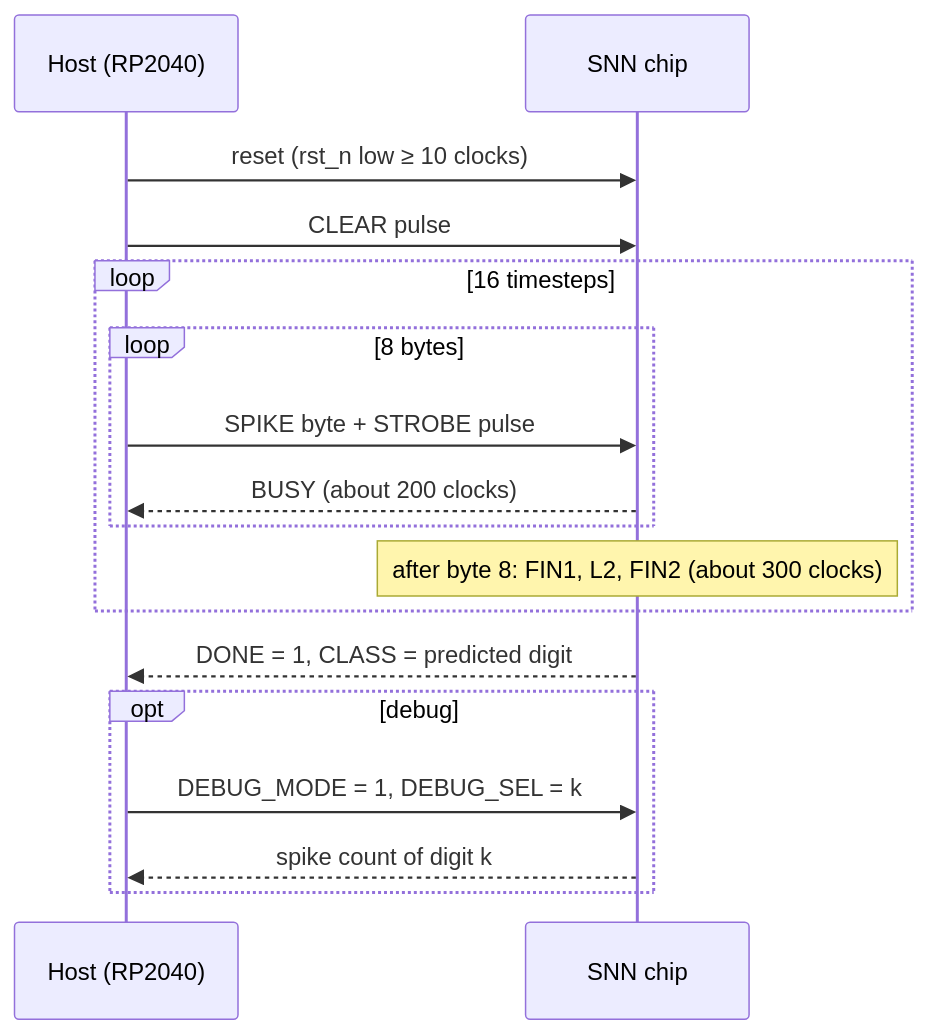
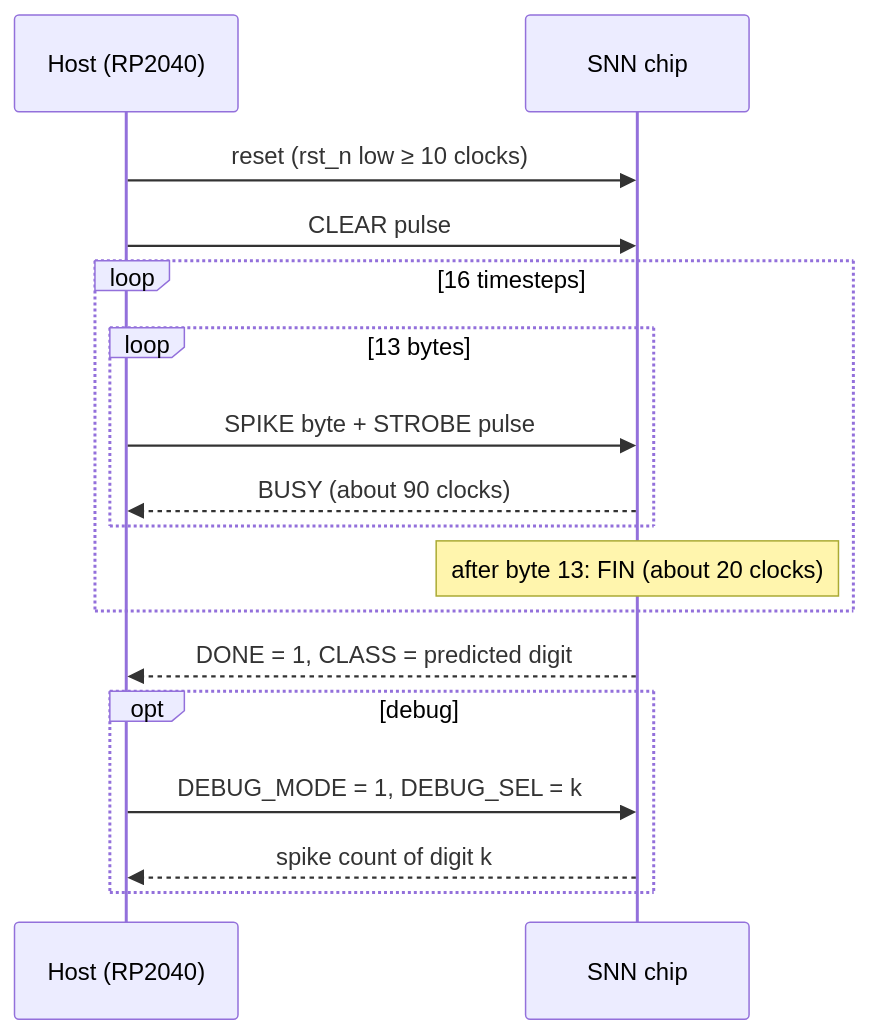
The diagram in README.md (nityashah1811/tt-snn-mnist), drawn with Mermaid before and after one commit. The commit also changed other lines of this file and 3 other files, not shown here.

Commit message:
Docs for the 1x1 design: README, block diagram and spike figure

````diff
--- a/README.md
+++ b/README.md
@@ -196,19 +197,19 @@
 ```mermaid
 sequenceDiagram
     participant H as Host (RP2040)
     participant C as SNN chip
     H->>C: reset (rst_n low ≥ 10 clocks)
     H->>C: CLEAR pulse
     loop 16 timesteps
-        loop 8 bytes
+        loop 13 bytes
             H->>C: SPIKE byte + STROBE pulse
-            C-->>H: BUSY (about 200 clocks)
+            C-->>H: BUSY (about 90 clocks)
         end
-        Note over C: after byte 8: FIN1, L2, FIN2 (about 300 clocks)
+        Note over C: after byte 13: FIN (about 20 clocks)
     end
     C-->>H: DONE = 1, CLASS = predicted digit
     opt debug
         H->>C: DEBUG_MODE = 1, DEBUG_SEL = k
         C-->>H: spike count of digit k
     end
 ```
````
